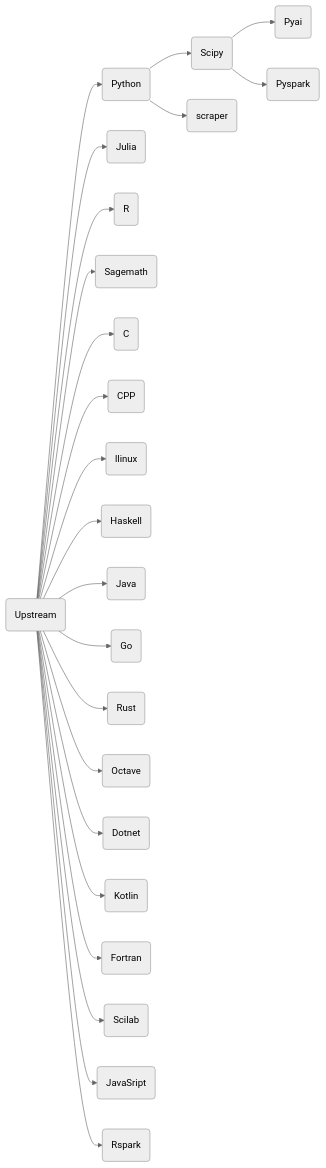
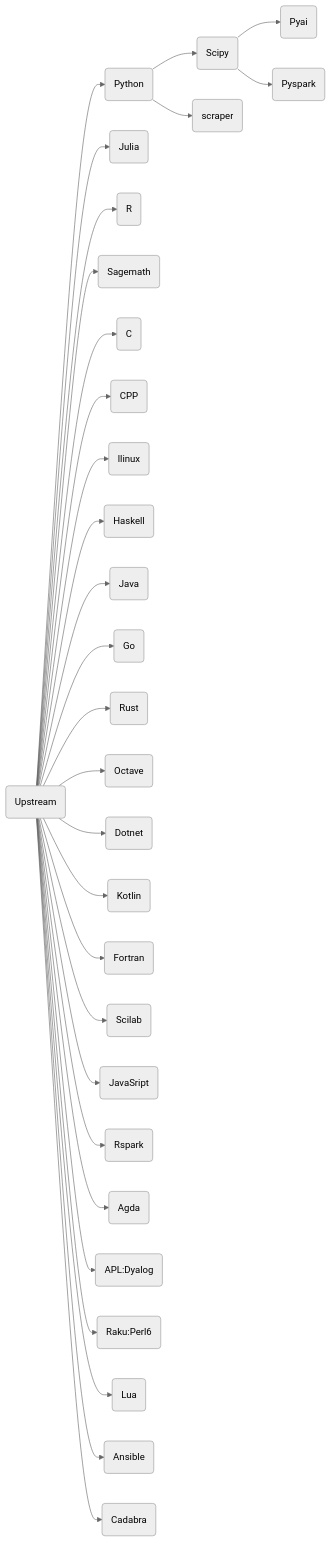
One commit to ben0i0d/jupyter-image-stacks changed the diagram in README.md. Above: the diagram before and after it, drawn with Mermaid (neutral theme). The commit also changed other lines of this file and 1 other file, not shown here.

Commit message:
Update 2 files
- /.gitlab-ci.yml
- /README.md

````diff
--- a/README.md
+++ b/README.md
@@ -79,25 +80,31 @@
 ```mermaid
 graph LR
 A(Upstream)-->B(Python)
 B-->C(Scipy)
 B-->D(scraper)
 C(Scipy)-->E(Pyai)  
 C(Scipy)-->F(Pyspark)  
 A-->G(Julia)
 A-->H(R)
 A-->I(Sagemath)
 A-->J(C)
 A-->K(CPP)
 A-->L(llinux)
 A-->M(Haskell)
 A-->N(Java)
 A-->O(Go)
 A-->P(Rust)
 A-->Q(Octave)
 A-->R(Dotnet)
 A-->S(Kotlin)
 A-->T(Fortran)
 A-->U(Scilab)
 A-->V(JavaSript)
 A-->W(Rspark)
+A-->X(Agda)
+A-->Y(APL:Dyalog)
+A-->Z(Raku:Perl6)
+A-->AA(Lua)
+A-->AB(Ansible)
+A-->AC(Cadabra)
 ```
````
